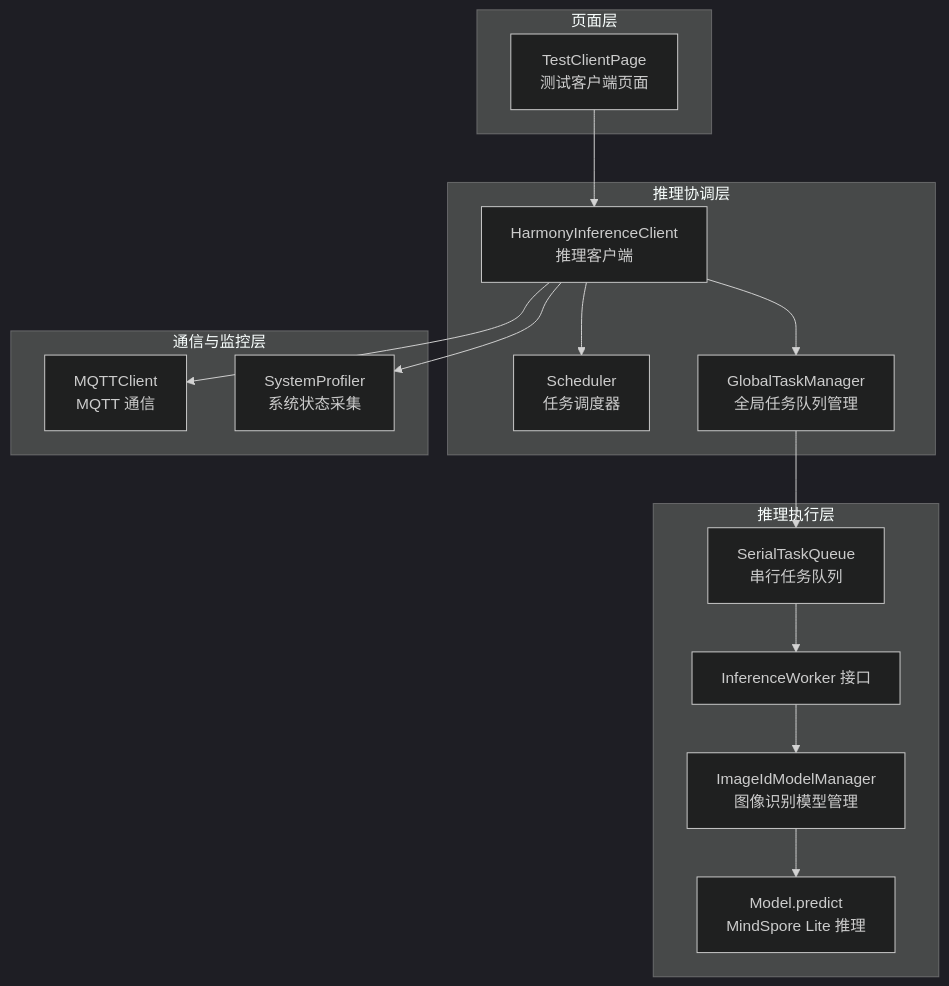
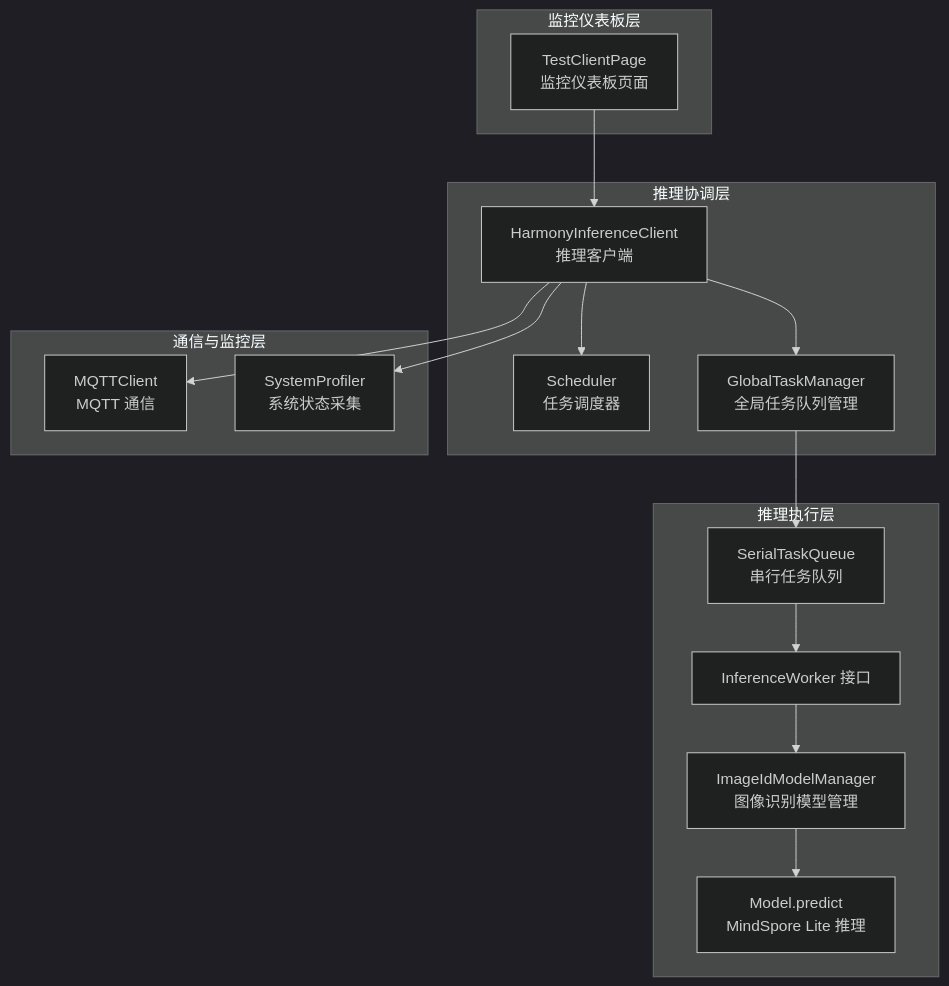
Before and after one commit to huo65/OH-Co3: the first of 11 diagrams in .qoder/repowiki/zh/content/UI 界面系统/推理测试界面.md, drawn with Mermaid (dark theme). The commit also changed other lines of this file and 12 other files, not shown here.

````diff
--- a/.qoder/repowiki/zh/content/UI 界面系统/推理测试界面.md
+++ b/.qoder/repowiki/zh/content/UI 界面系统/推理测试界面.md
@@ -49,30 +58,30 @@
 ```mermaid
 graph TB
-subgraph "页面层"
-TCP["TestClientPage<br/>测试客户端页面"]
+subgraph "监控仪表板层"
+TCP["TestClientPage<br/>监控仪表板页面"]
 end
 subgraph "推理协调层"
 HIC["HarmonyInferenceClient<br/>推理客户端"]
 SCHED["Scheduler<br/>任务调度器"]
 GTM["GlobalTaskManager<br/>全局任务队列管理"]
 end
 subgraph "推理执行层"
 WKR["InferenceWorker 接口"]
 IMWM["ImageIdModelManager<br/>图像识别模型管理"]
 STQ["SerialTaskQueue<br/>串行任务队列"]
 MS["Model.predict<br/>MindSpore Lite 推理"]
 end
 subgraph "通信与监控层"
 MQTT["MQTTClient<br/>MQTT 通信"]
 SYS["SystemProfiler<br/>系统状态采集"]
 end
 TCP --> HIC
 HIC --> MQTT
 HIC --> SCHED
 HIC --> GTM
 GTM --> STQ
 STQ --> WKR
 WKR --> IMWM
 IMWM --> MS
 HIC --> SYS
 ```
````
